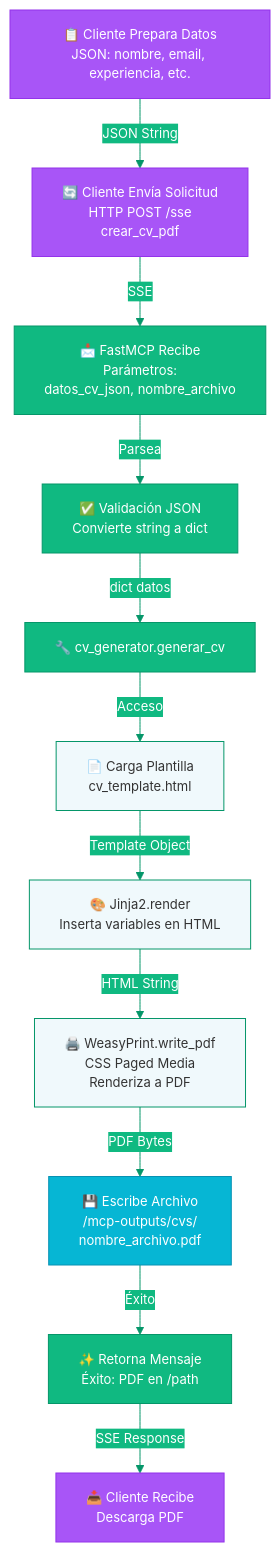
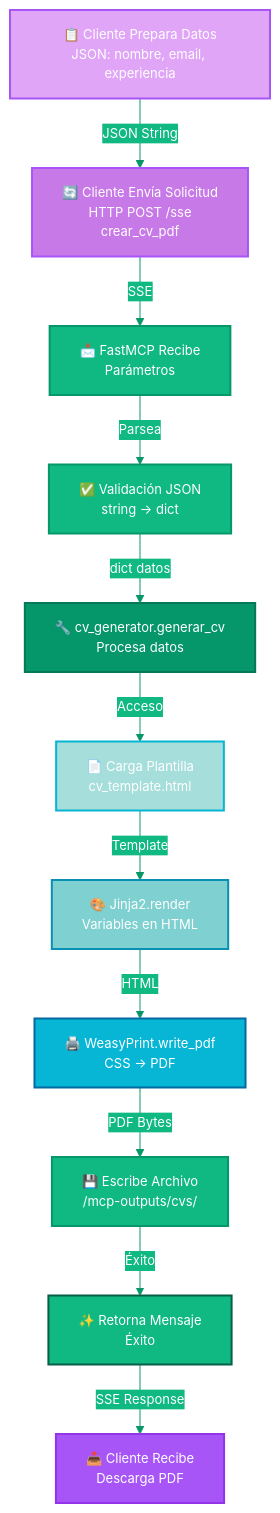
The first of 4 diagrams in docs/DATA_FLOW.md (cjhirashi/cjhirashi-career), drawn with Mermaid before and after one commit. The commit also changed other lines of this file and 2 other files, not shown here.

````diff
--- a/docs/DATA_FLOW.md
+++ b/docs/DATA_FLOW.md
@@ -9,38 +9,40 @@
 ```mermaid
 %%{init: {
   'theme': 'base',
   'themeVariables': {
-    'primaryColor': '#06B6D4',
+    'primaryColor': '#A855F7',
     'primaryTextColor': '#ffffff',
-    'primaryBorderColor': '#0891B2',
+    'primaryBorderColor': '#9333EA',
     'secondaryColor': '#10B981',
-    'tertiaryColor': '#A855F7',
+    'secondaryBorderColor': '#059669',
+    'tertiaryColor': '#06B6D4',
+    'tertiaryBorderColor': '#0891B2',
     'lineColor': '#059669',
     'fontSize': '13px'
   }
 }}%%
 
 graph TD
-  A["📋 Cliente Prepara Datos<br/>JSON: nombre, email, experiencia, etc."] -->|"JSON String"| B["🔄 Cliente Envía Solicitud<br/>HTTP POST /sse<br/>crear_cv_pdf"]
-  B -->|"SSE"| C["📩 FastMCP Recibe<br/>Parámetros:<br/>datos_cv_json, nombre_archivo"]
-  C -->|"Parsea"| D["✅ Validación JSON<br/>Convierte string a dict"]
-  D -->|"dict datos"| E["🔧 cv_generator.generar_cv"]
+  A["📋 Cliente Prepara Datos<br/>JSON: nombre, email, experiencia"] -->|"JSON String"| B["🔄 Cliente Envía Solicitud<br/>HTTP POST /sse<br/>crear_cv_pdf"]
+  B -->|"SSE"| C["📩 FastMCP Recibe<br/>Parámetros"]
+  C -->|"Parsea"| D["✅ Validación JSON<br/>string → dict"]
+  D -->|"dict datos"| E["🔧 cv_generator.generar_cv<br/>Procesa datos"]
   E -->|"Acceso"| F["📄 Carga Plantilla<br/>cv_template.html"]
-  F -->|"Template Object"| G["🎨 Jinja2.render<br/>Inserta variables en HTML"]
-  G -->|"HTML String"| H["🖨️ WeasyPrint.write_pdf<br/>CSS Paged Media<br/>Renderiza a PDF"]
-  H -->|"PDF Bytes"| I["💾 Escribe Archivo<br/>/mcp-outputs/cvs/<br/>nombre_archivo.pdf"]
-  I -->|"Éxito"| J["✨ Retorna Mensaje<br/>Éxito: PDF en /path"]
+  F -->|"Template"| G["🎨 Jinja2.render<br/>Variables en HTML"]
+  G -->|"HTML"| H["🖨️ WeasyPrint.write_pdf<br/>CSS → PDF"]
+  H -->|"PDF Bytes"| I["💾 Escribe Archivo<br/>/mcp-outputs/cvs/"]
+  I -->|"Éxito"| J["✨ Retorna Mensaje<br/>Éxito"]
   J -->|"SSE Response"| K["📥 Cliente Recibe<br/>Descarga PDF"]
 
-  style A fill:#A855F7,stroke:#9333EA,color:#fff
-  style B fill:#A855F7,stroke:#9333EA,color:#fff
-  style C fill:#10B981,stroke:#059669,color:#fff
-  style D fill:#10B981,stroke:#059669,color:#fff
-  style E fill:#10B981,stroke:#059669,color:#fff
-  style F fill:#f0f9fc,stroke:#059669,color:#333
-  style G fill:#f0f9fc,stroke:#059669,color:#333
-  style H fill:#f0f9fc,stroke:#059669,color:#333
-  style I fill:#06B6D4,stroke:#0891B2,color:#fff
-  style J fill:#10B981,stroke:#059669,color:#fff
-  style K fill:#A855F7,stroke:#9333EA,color:#fff
+  style A fill:#E0A5F7,stroke:#A855F7,stroke-width:2px,color:#fff
+  style B fill:#C879E8,stroke:#A855F7,stroke-width:2px,color:#fff
+  style C fill:#10B981,stroke:#059669,stroke-width:2px,color:#fff
+  style D fill:#0FB981,stroke:#059669,stroke-width:2px,color:#fff
+  style E fill:#059669,stroke:#047857,stroke-width:2px,color:#fff
+  style F fill:#A5DEDA,stroke:#06B6D4,stroke-width:2px,color:#fff
+  style G fill:#7FD0D0,stroke:#0891B2,stroke-width:2px,color:#fff
+  style H fill:#06B6D4,stroke:#0369A1,stroke-width:2px,color:#fff
+  style I fill:#10B981,stroke:#059669,stroke-width:2px,color:#fff
+  style J fill:#0FB981,stroke:#065F46,stroke-width:2px,color:#fff
+  style K fill:#A855F7,stroke:#9333EA,stroke-width:2px,color:#fff
 ```
````
